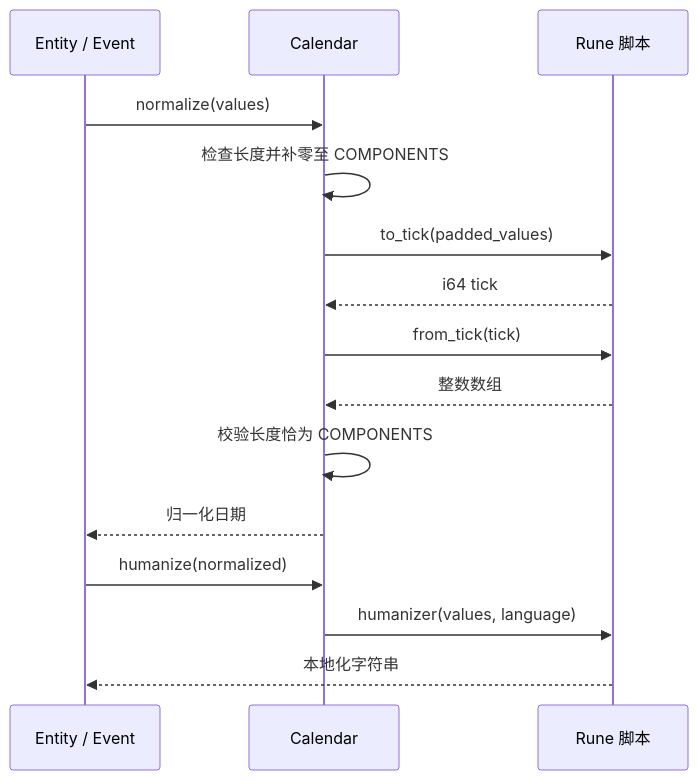
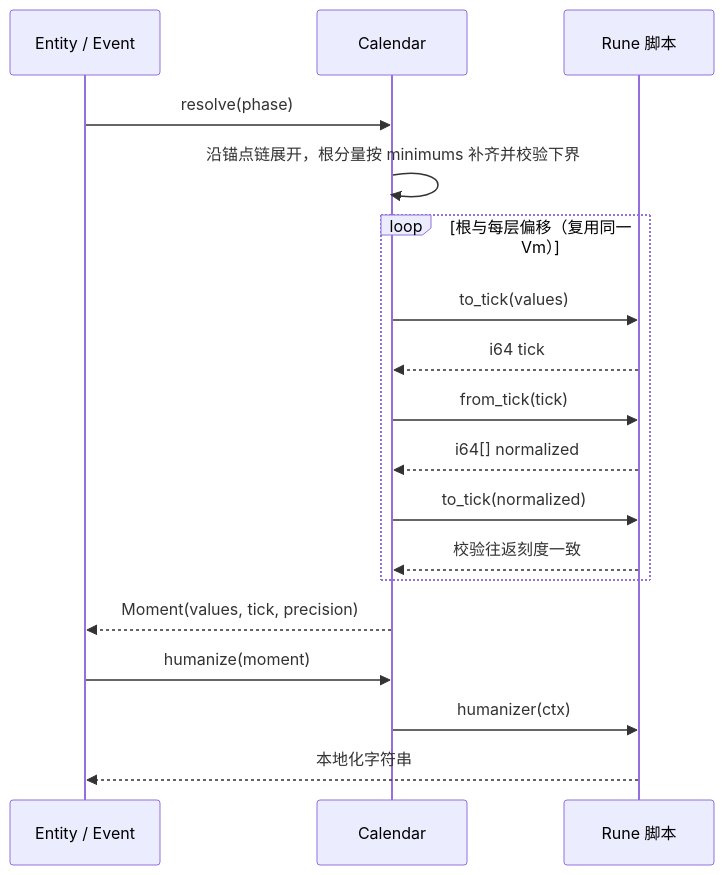
One commit to asinkLuno/weft changed the second of 2 diagrams in docs/src/design/calendar.md. Above: the diagram before and after it, drawn with Mermaid. The commit also changed other lines of this file and 21 other files, not shown here.

First line of the commit message:
feat(calendar): 历法 meta 接口与 Moment 精度模型，加固文档监听

````diff
--- a/docs/src/design/calendar.md
+++ b/docs/src/design/calendar.md
@@ -40,17 +44,20 @@
 ```mermaid
 sequenceDiagram
     participant Caller as Entity / Event
     participant Calendar
     participant Script as Rune 脚本
-    Caller->>Calendar: normalize(values)
-    Calendar->>Calendar: 检查长度并补零至 COMPONENTS
-    Calendar->>Script: to_tick(padded_values)
-    Script-->>Calendar: i64 tick
-    Calendar->>Script: from_tick(tick)
-    Script-->>Calendar: 整数数组
-    Calendar->>Calendar: 校验长度恰为 COMPONENTS
-    Calendar-->>Caller: 归一化日期
-    Caller->>Calendar: humanize(normalized)
-    Calendar->>Script: humanizer(values, language)
+    Caller->>Calendar: resolve(phase)
+    Calendar->>Calendar: 沿锚点链展开，根分量按 minimums 补齐并校验下界
+    loop 根与每层偏移（复用同一 Vm）
+        Calendar->>Script: to_tick(values)
+        Script-->>Calendar: i64 tick
+        Calendar->>Script: from_tick(tick)
+        Script-->>Calendar: i64[] normalized
+        Calendar->>Script: to_tick(normalized)
+        Script-->>Calendar: 校验往返刻度一致
+    end
+    Calendar-->>Caller: Moment(values, tick, precision)
+    Caller->>Calendar: humanize(moment)
+    Calendar->>Script: humanizer(ctx)
     Script-->>Caller: 本地化字符串
 ```
````
